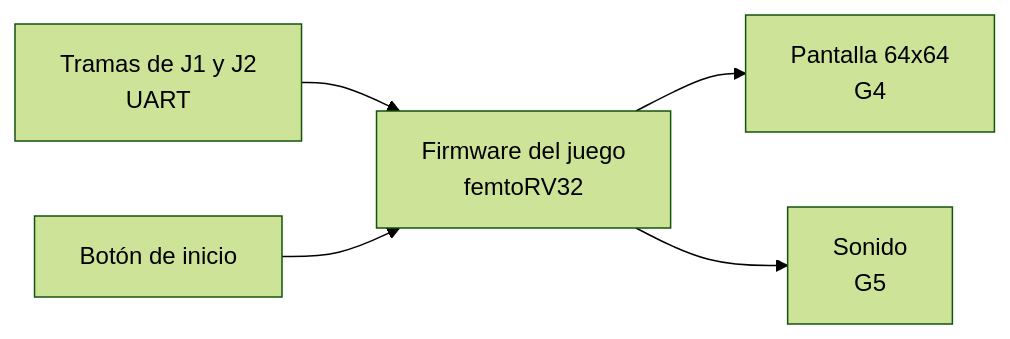
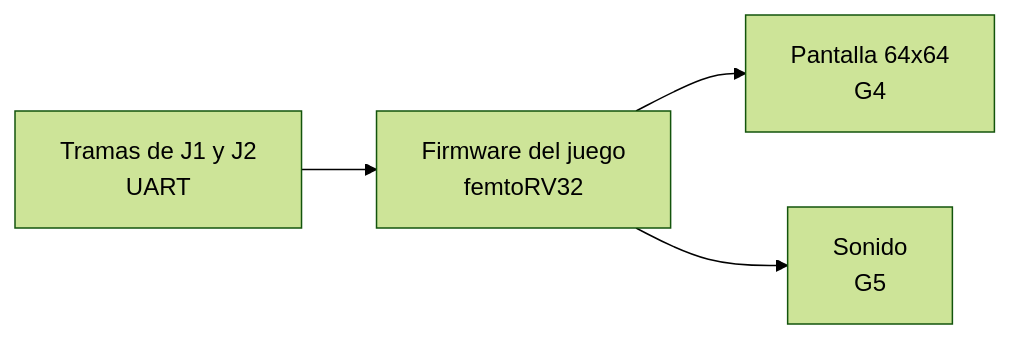
Before and after one commit to jhonyAlexan/Proyecto-Digital1-GRUPO9: the first of 4 diagrams in Grupos/G6/README.md, drawn with Mermaid (forest theme).

Commit message:
Fix formatting in README.md for flowchart

````diff
--- a/Grupos/G6/README.md
+++ b/Grupos/G6/README.md
@@ -38,7 +38,7 @@
 ```mermaid
 flowchart LR
     T[Tramas de J1 y J2<br/>UART] --> F[Firmware del juego<br/>femtoRV32]
-    B[Botón de inicio] --> F
+   
     F --> P[Pantalla 64x64<br/>G4]
     F --> S[Sonido<br/>G5]
 ```
````
